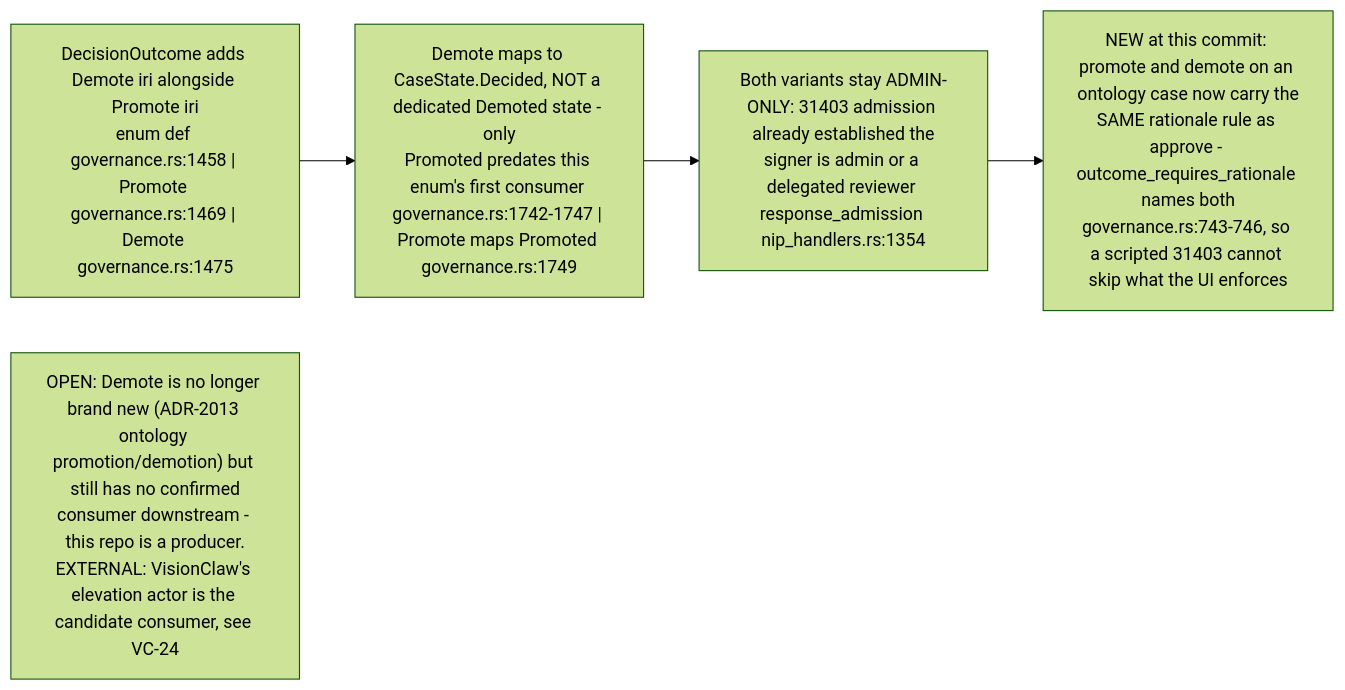
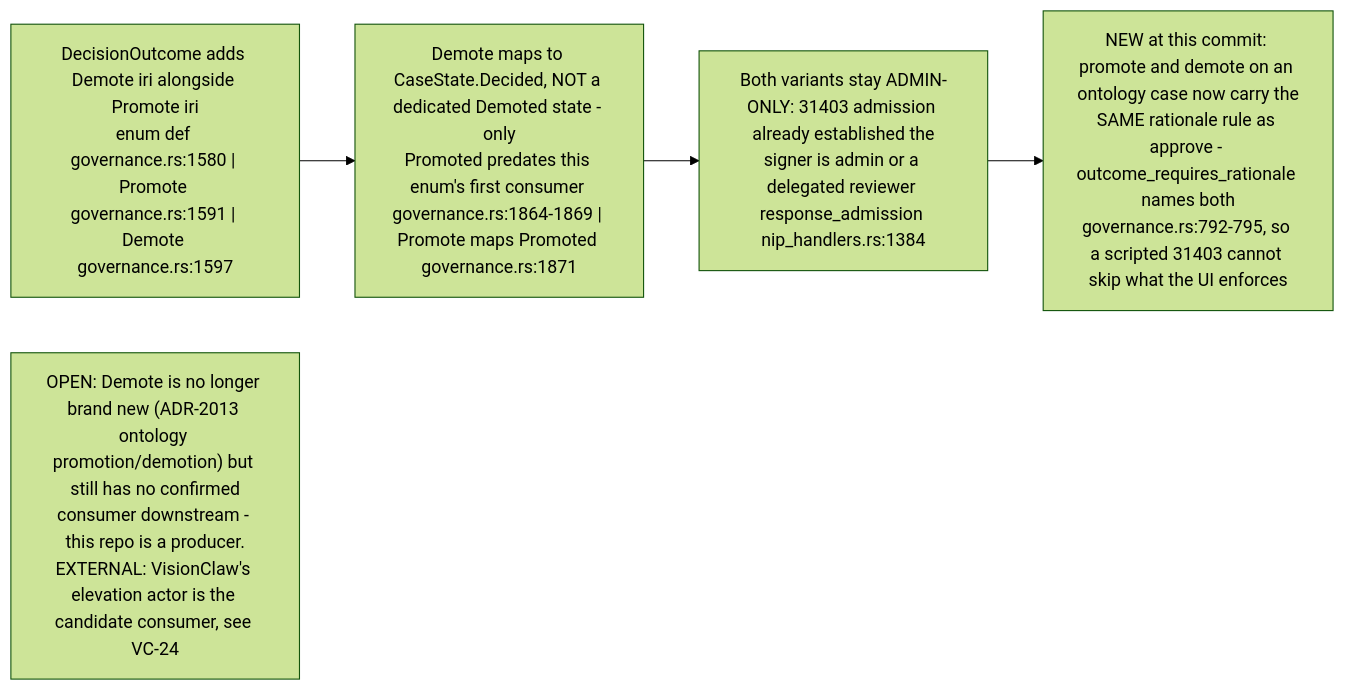
The tenth of 13 diagrams in docs/diagrams/nostr-rust-forum/10-invariants-and-anomaly-register.md (DreamLab-AI/VisionFlow), drawn with Mermaid (forest theme) before and after one commit. The commit also changed other lines of this file, not shown here.

First line of the commit message:
docs(diagrams): NF-10 register re-verified at nostr-rust-forum af4f0d5

````diff
--- a/docs/diagrams/nostr-rust-forum/10-invariants-and-anomaly-register.md
+++ b/docs/diagrams/nostr-rust-forum/10-invariants-and-anomaly-register.md
@@ -240,11 +266,11 @@
 ```mermaid
 flowchart LR
-    ENUM["DecisionOutcome adds Demote iri alongside Promote iri<br/>enum def governance.rs:1458 | Promote governance.rs:1469 | Demote governance.rs:1475"]
-    STATE["Demote maps to CaseState.Decided, NOT a dedicated Demoted state - only<br/>Promoted predates this enum's first consumer governance.rs:1742-1747 | Promote maps Promoted governance.rs:1749"]
-    GATE["Both variants stay ADMIN-ONLY: 31403 admission already established the<br/>signer is admin or a delegated reviewer response_admission nip_handlers.rs:1354"]
-    RATIONALE["NEW at this commit: promote and demote on an ontology case now carry the<br/>SAME rationale rule as approve - outcome_requires_rationale names both<br/>governance.rs:743-746, so a scripted 31403 cannot skip what the UI enforces"]
+    ENUM["DecisionOutcome adds Demote iri alongside Promote iri<br/>enum def governance.rs:1580 | Promote governance.rs:1591 | Demote governance.rs:1597"]
+    STATE["Demote maps to CaseState.Decided, NOT a dedicated Demoted state - only<br/>Promoted predates this enum's first consumer governance.rs:1864-1869 | Promote maps Promoted governance.rs:1871"]
+    GATE["Both variants stay ADMIN-ONLY: 31403 admission already established the<br/>signer is admin or a delegated reviewer response_admission nip_handlers.rs:1384"]
+    RATIONALE["NEW at this commit: promote and demote on an ontology case now carry the<br/>SAME rationale rule as approve - outcome_requires_rationale names both<br/>governance.rs:792-795, so a scripted 31403 cannot skip what the UI enforces"]
 
     ENUM --> STATE --> GATE --> RATIONALE
 
     N1["OPEN: Demote is no longer brand new (ADR-2013 ontology promotion/demotion) but still has no confirmed<br/>consumer downstream - this repo is a producer.<br/>EXTERNAL: VisionClaw's elevation actor is the candidate consumer, see VC-24"]
 ```
````
